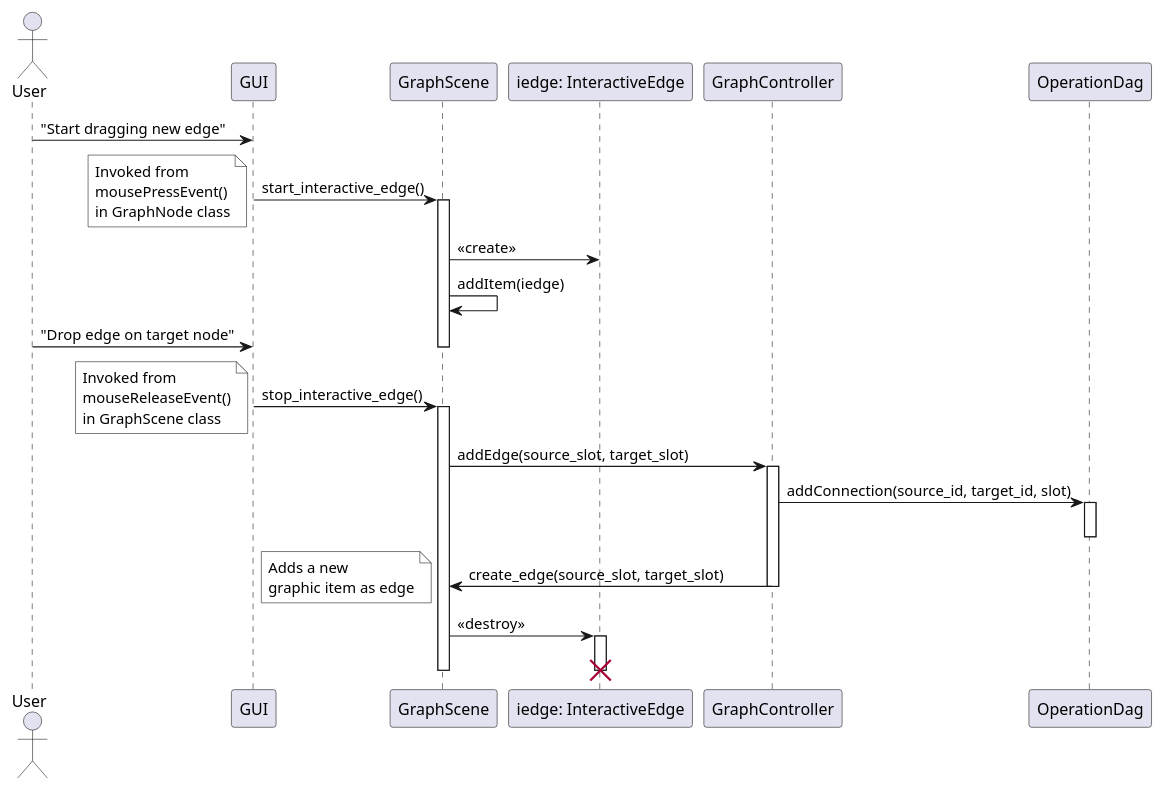
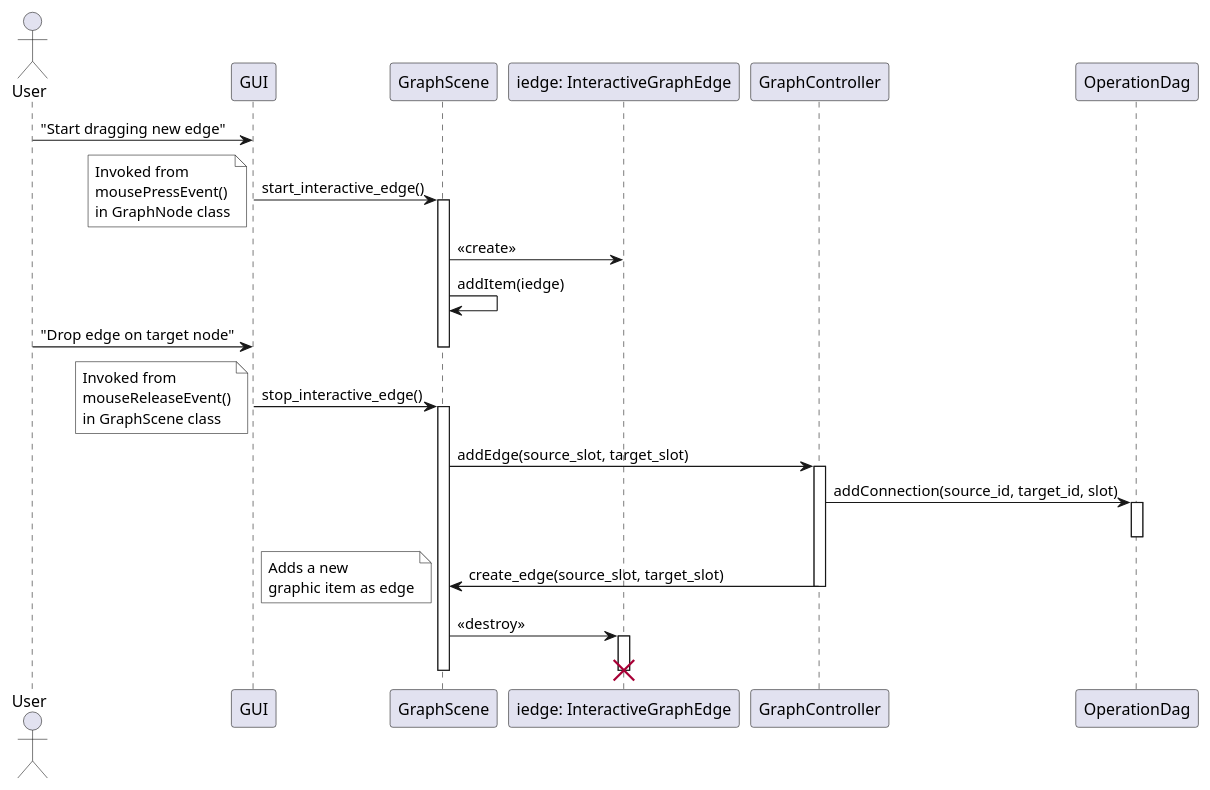
Before and after one commit to alezanga/dataMole: the second of 7 diagrams in uml/controller.puml, drawn with PlantUML. The commit also changed 16 other files, not shown here.

```diff
--- a/uml/controller.puml
+++ b/uml/controller.puml
@@ -40,36 +40,36 @@
 @startuml connection_add
 actor User
 
 User -> GUI: "Start dragging new edge"
 GUI -> GraphScene: start_interactive_edge()
 note left #White
 Invoked from
 mousePressEvent()
 in GraphNode class
 endnote
 activate GraphScene
-GraphScene -> "iedge: InteractiveEdge" as iedge: <<create>>
+GraphScene -> "iedge: InteractiveGraphEdge" as iedge: <<create>>
 GraphScene -> GraphScene: addItem(iedge)
 User -> GUI: "Drop edge on target node"
 deactivate GraphScene
 GUI -> GraphScene: stop_interactive_edge()
 note left #White
 Invoked from
 mouseReleaseEvent()
 in GraphScene class
 endnote
 activate GraphScene
 GraphScene -> GraphController: addEdge(source_slot, target_slot)
 activate GraphController
 GraphController -> OperationDag: addConnection(source_id, target_id, slot)
 activate OperationDag
 deactivate OperationDag
 GraphController -> GraphScene: create_edge(source_slot, target_slot)
 deactivate GraphController
 note left #White: Adds a new\ngraphic item as edge
 GraphScene -> iedge: <<destroy>>
 activate iedge
 destroy iedge
 deactivate GraphScene
 
 @enduml
```
